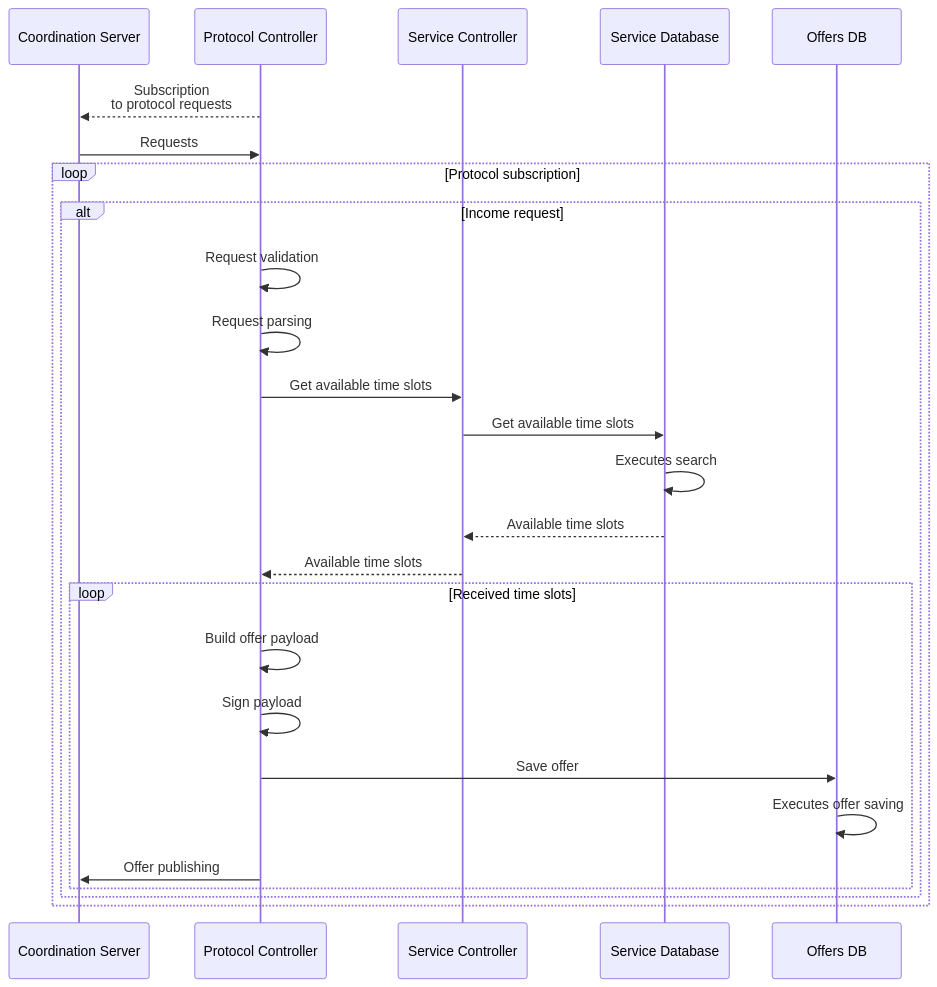
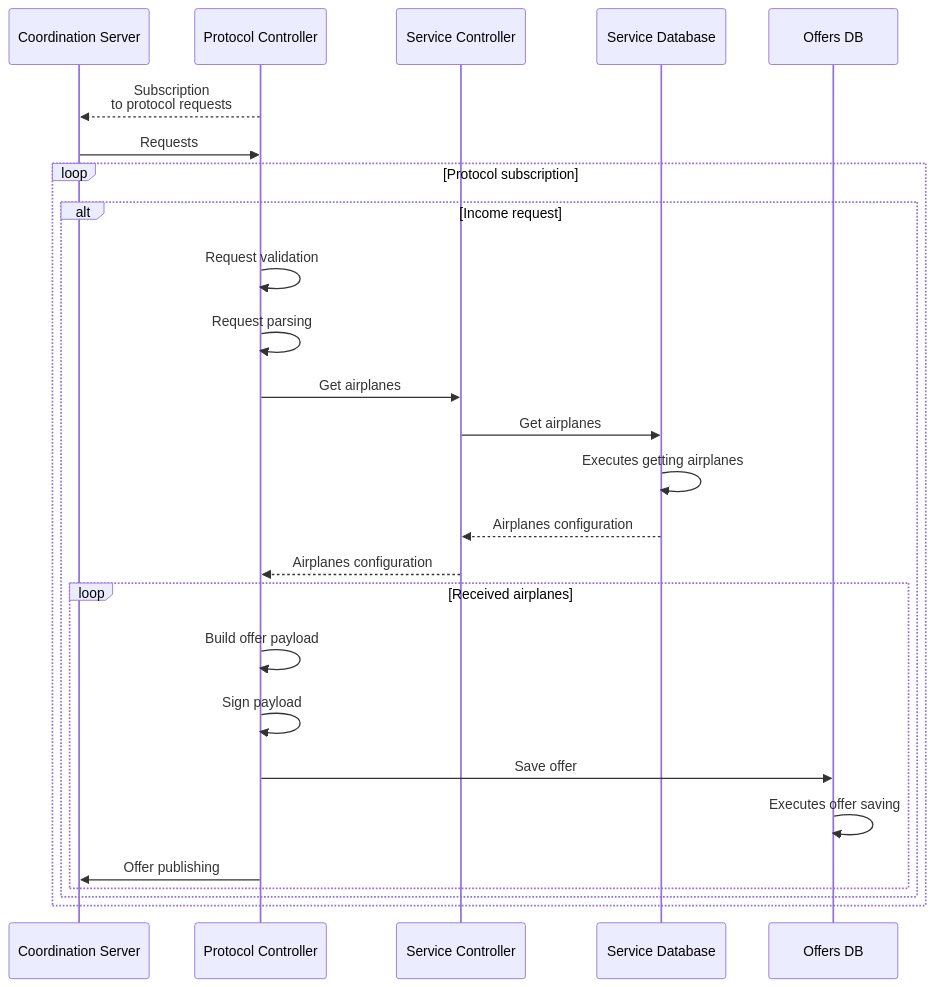
One commit to windingtree/mvp changed the fourth of 10 diagrams in docs/node-spec.md. Above: the diagram before and after it, drawn with Mermaid. The commit also changed other lines of this file and 9 other files, not shown here.

````diff
--- a/docs/node-spec.md
+++ b/docs/node-spec.md
@@ -216,31 +320,31 @@
 ```mermaid
 sequenceDiagram
   participant server as Coordination Server
   participant protocolCtrl as Protocol Controller
   participant serviceCtrl as Service Controller
   participant serviceDb as Service Database
   participant offersDb as Offers DB
 
   protocolCtrl -->> server: Subscription<br>to protocol requests
   server ->> protocolCtrl: Requests
 
   loop Protocol subscription
     alt Income request
       protocolCtrl ->> protocolCtrl: Request validation
       protocolCtrl ->> protocolCtrl: Request parsing
-      protocolCtrl ->> serviceCtrl: Get available time slots
-      serviceCtrl ->> serviceDb: Get available time slots
-      serviceDb ->> serviceDb: Executes search
-      serviceDb -->> serviceCtrl: Available time slots
-      serviceCtrl -->> protocolCtrl: Available time slots
+      protocolCtrl ->> serviceCtrl: Get airplanes
+      serviceCtrl ->> serviceDb: Get airplanes
+      serviceDb ->> serviceDb: Executes getting airplanes
+      serviceDb -->> serviceCtrl: Airplanes configuration
+      serviceCtrl -->> protocolCtrl: Airplanes configuration
 
-      loop Received time slots
+      loop Received airplanes
         protocolCtrl ->> protocolCtrl: Build offer payload
         protocolCtrl ->> protocolCtrl: Sign payload
         protocolCtrl ->> offersDb: Save offer
         offersDb ->> offersDb: Executes offer saving
         protocolCtrl ->> server: Offer publishing
       end
     end
   end
 ```
````
